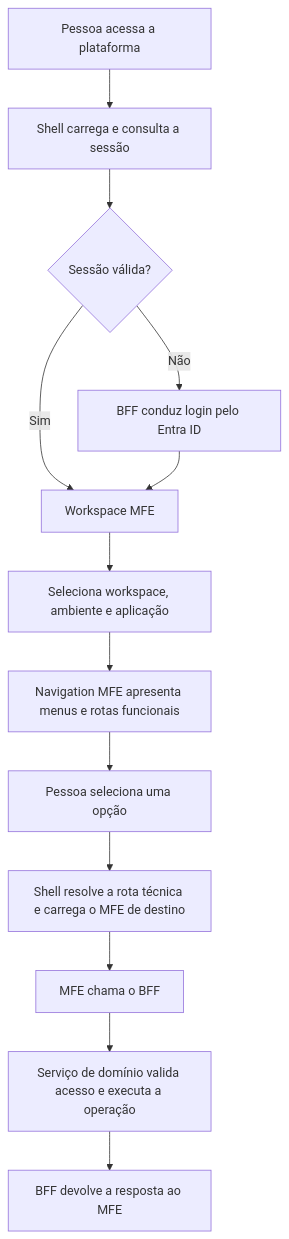
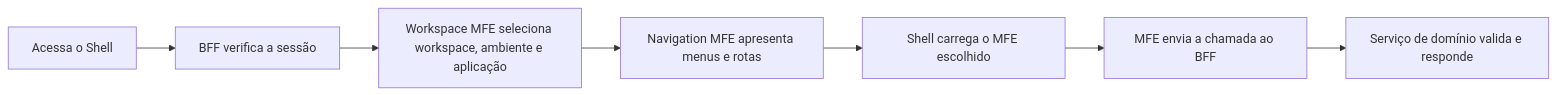
The second of 2 diagrams in docs/refinamento/18-micro-frontends/apresentacao-visao-geral.md (BrunoBS/guideline-java), drawn with Mermaid before and after one commit. The commit also changed other lines of this file, not shown here.

```diff
--- a/docs/refinamento/18-micro-frontends/apresentacao-visao-geral.md
+++ b/docs/refinamento/18-micro-frontends/apresentacao-visao-geral.md
@@ -47,15 +47,9 @@
 ~~~mermaid
-flowchart TB
-  START["Pessoa acessa a plataforma"] --> SHELL["Shell carrega e consulta a sessão"]
-  SHELL --> AUTH{"Sessão válida?"}
-  AUTH -->|"Não"| LOGIN["BFF conduz login pelo Entra ID"]
-  AUTH -->|"Sim"| WS["Workspace MFE"]
-  LOGIN --> WS
-  WS --> CONTEXT["Seleciona workspace, ambiente e aplicação"]
-  CONTEXT --> NAV["Navigation MFE apresenta menus e rotas funcionais"]
-  NAV --> ROUTE["Pessoa seleciona uma opção"]
-  ROUTE --> LOAD["Shell resolve a rota técnica e carrega o MFE de destino"]
-  LOAD --> REQUEST["MFE chama o BFF"]
-  REQUEST --> API["Serviço de domínio valida acesso e executa a operação"]
-  API --> RESULT["BFF devolve a resposta ao MFE"]
+flowchart LR
+  ENTRY["Acessa o Shell"] --> SESSION["BFF verifica a sessão"]
+  SESSION --> CONTEXT["Workspace MFE seleciona workspace, ambiente e aplicação"]
+  CONTEXT --> MENU["Navigation MFE apresenta menus e rotas"]
+  MENU --> REMOTE["Shell carrega o MFE escolhido"]
+  REMOTE --> BFF["MFE envia a chamada ao BFF"]
+  BFF --> SERVICE["Serviço de domínio valida e responde"]
 ~~~
```
